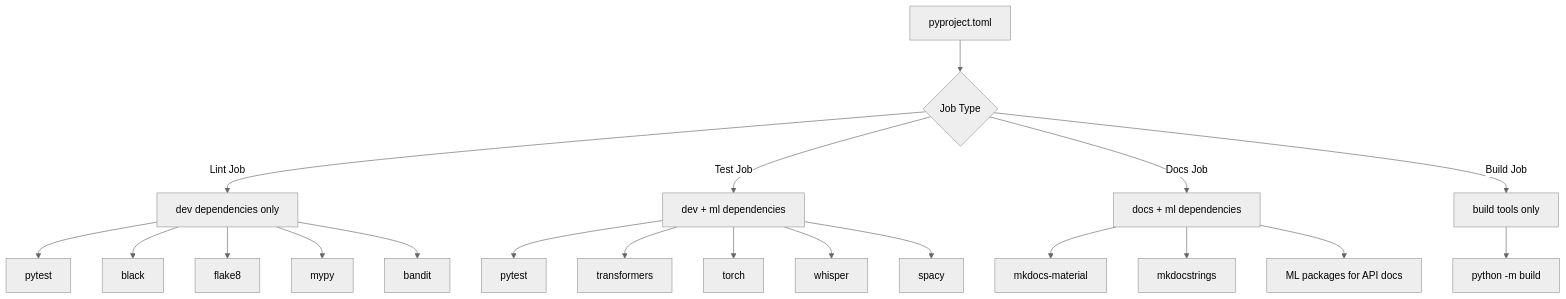
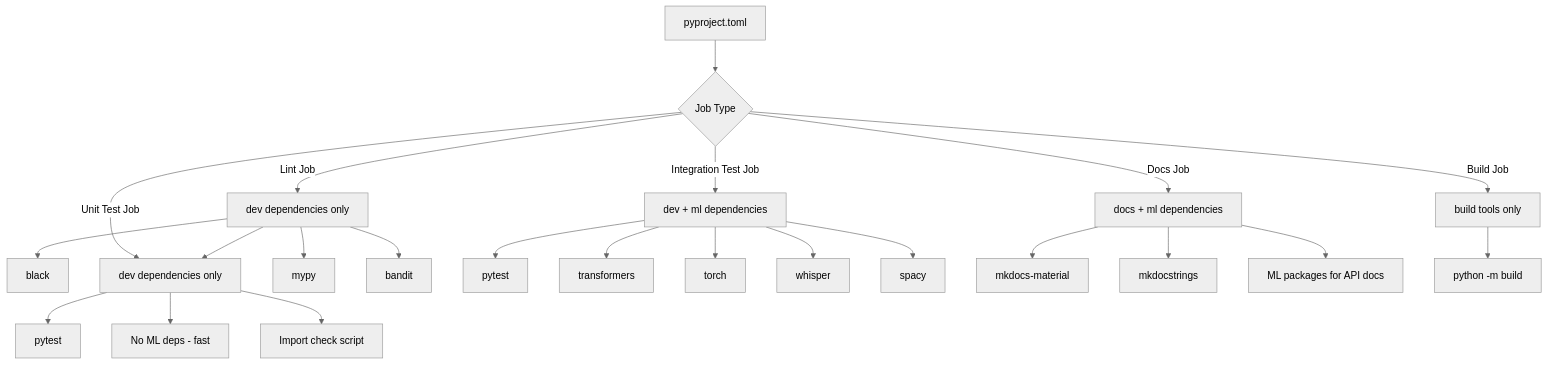
The third of 7 diagrams in docs/CI_CD.md (chipi/podcast_scraper), drawn with Mermaid (neutral theme) before and after one commit. The commit also changed other lines of this file and 79 other files, not shown here.

First line of the commit message:
Update CI to include integration tests and fix test issues

````diff
--- a/docs/CI_CD.md
+++ b/docs/CI_CD.md
@@ -233,26 +259,30 @@
 ```mermaid
 graph TD
     A[pyproject.toml] --> B{Job Type}
     
     B -->|Lint Job| C[dev dependencies only]
-    C --> C1[pytest]
-    C --> C2[black]
-    C --> C3[flake8]
-    C --> C4[mypy]
-    C --> C5[bandit]
+    C --> C1[black]
+    C --> C2[flake8]
+    C --> C3[mypy]
+    C --> C4[bandit]
     
-    B -->|Test Job| D[dev + ml dependencies]
+    B -->|Unit Test Job| C2[dev dependencies only]
+    C2 --> C2A[pytest]
+    C2 --> C2B[No ML deps - fast]
+    C2 --> C2C[Import check script]
+    
+    B -->|Integration Test Job| D[dev + ml dependencies]
     D --> D1[pytest]
     D --> D2[transformers]
     D --> D3[torch]
     D --> D4[whisper]
     D --> D5[spacy]
     
     B -->|Docs Job| E[docs + ml dependencies]
     E --> E1[mkdocs-material]
     E --> E2[mkdocstrings]
     E --> E3[ML packages for API docs]
     
     B -->|Build Job| F[build tools only]
     F --> F1[python -m build]
 ```
````
